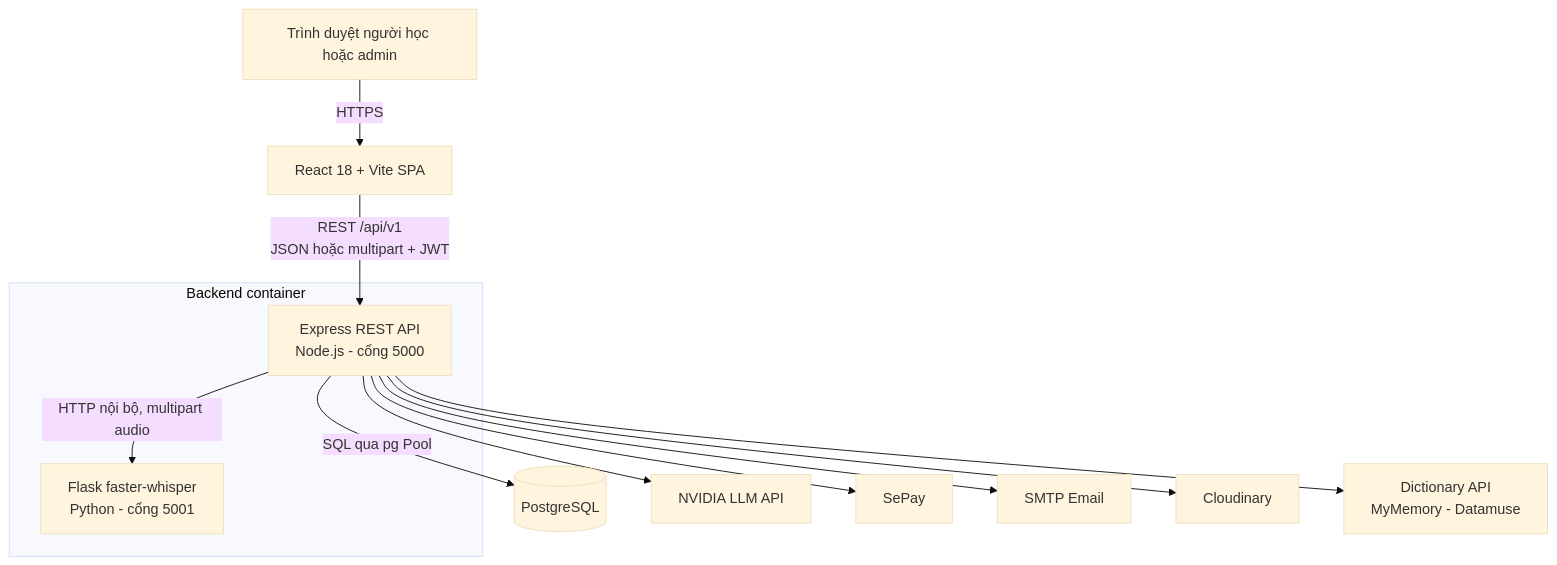
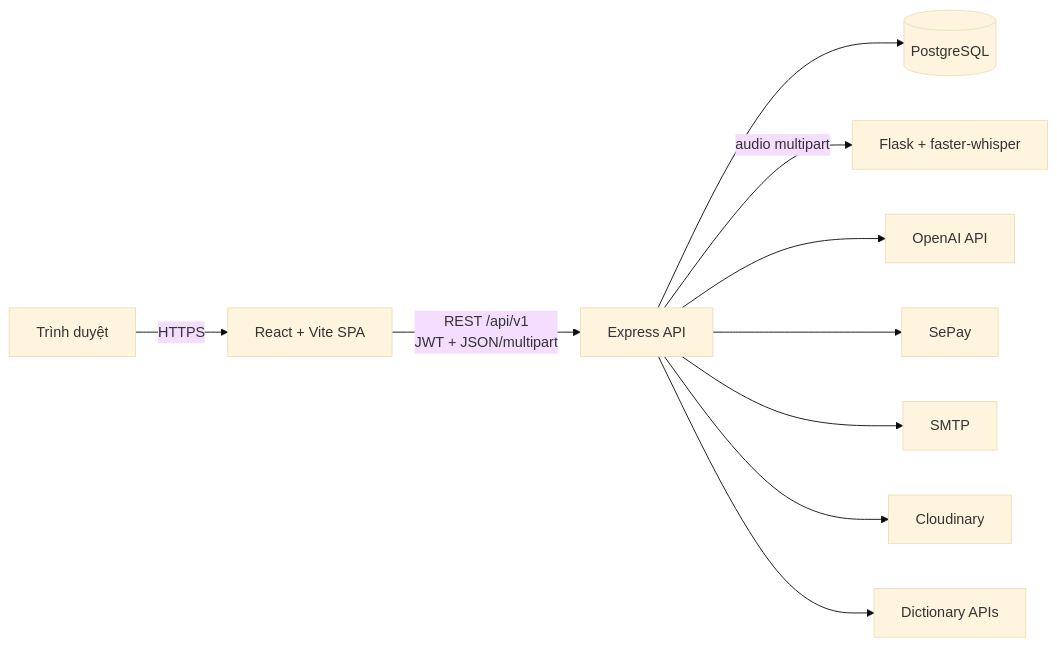
Before and after one commit to longmaychem36/tiengAnh: the first of 5 diagrams in README.md, drawn with Mermaid (base theme). The commit also changed other lines of this file and 56 other files, not shown here.

````diff
--- a/README.md
+++ b/README.md
@@ -142,27 +160,13 @@
 ```mermaid
-flowchart TB
-    U[Trình duyệt người học hoặc admin]
-    FE[React 18 + Vite SPA]
+flowchart LR
+    Client["Trình duyệt"] -->|HTTPS| FE["React + Vite SPA"]
+    FE -->|"REST /api/v1<br/>JWT + JSON/multipart"| API["Express API"]
 
-    subgraph BE[Backend container]
-        API[Express REST API<br/>Node.js - cổng 5000]
-        WHISPER[Flask faster-whisper<br/>Python - cổng 5001]
-        API -->|HTTP nội bộ, multipart audio| WHISPER
-    end
-
-    DB[(PostgreSQL)]
-    LLM[NVIDIA LLM API]
-    PAY[SePay]
-    MAIL[SMTP Email]
-    MEDIA[Cloudinary]
-    DICT[Dictionary API<br/>MyMemory - Datamuse]
-
-    U -->|HTTPS| FE
-    FE -->|REST /api/v1<br/>JSON hoặc multipart + JWT| API
-    API -->|SQL qua pg Pool| DB
-    API --> LLM
-    API --> PAY
-    API --> MAIL
-    API --> MEDIA
-    API --> DICT
+    API --> DB[(PostgreSQL)]
+    API -->|"audio multipart"| Whisper["Flask + faster-whisper"]
+    API --> OpenAI["OpenAI API"]
+    API --> SePay["SePay"]
+    API --> SMTP["SMTP"]
+    API --> Cloudinary["Cloudinary"]
+    API --> Dictionary["Dictionary APIs"]
 ```
````
